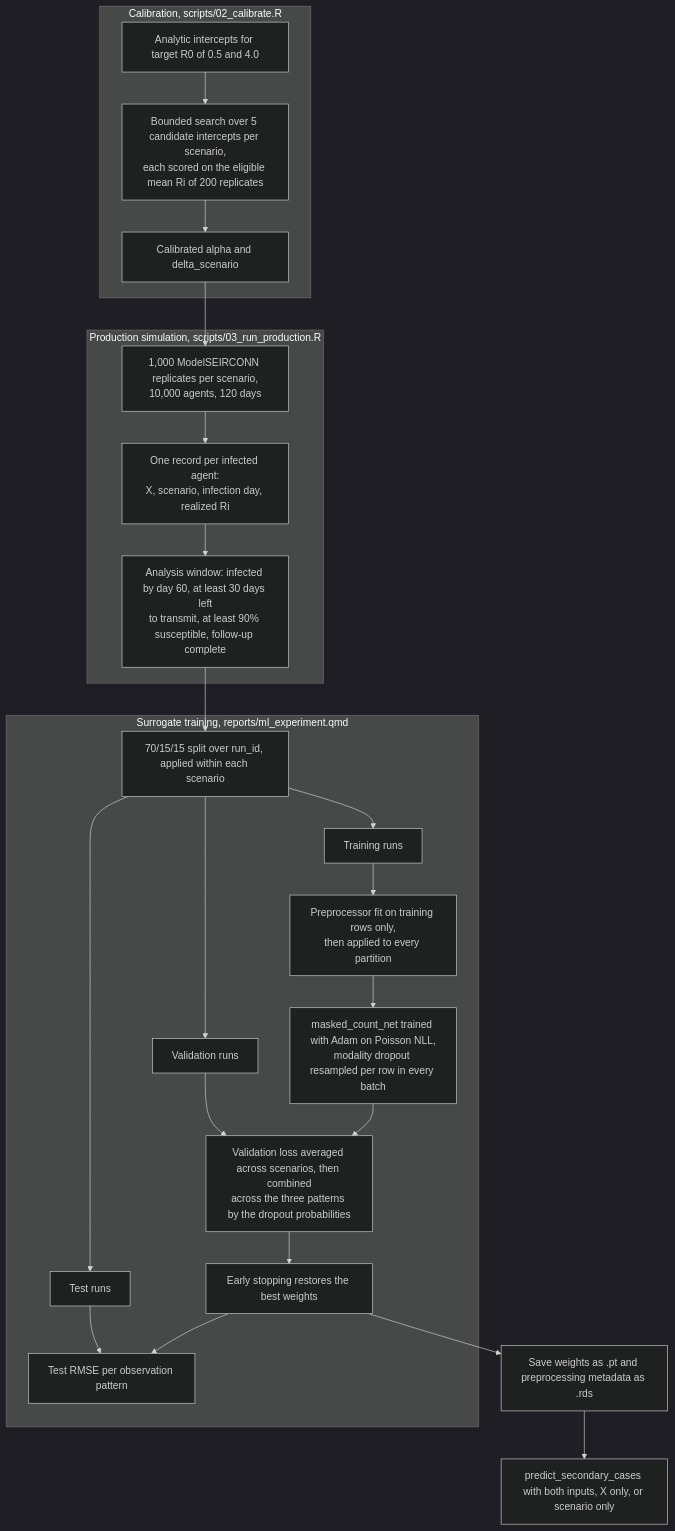
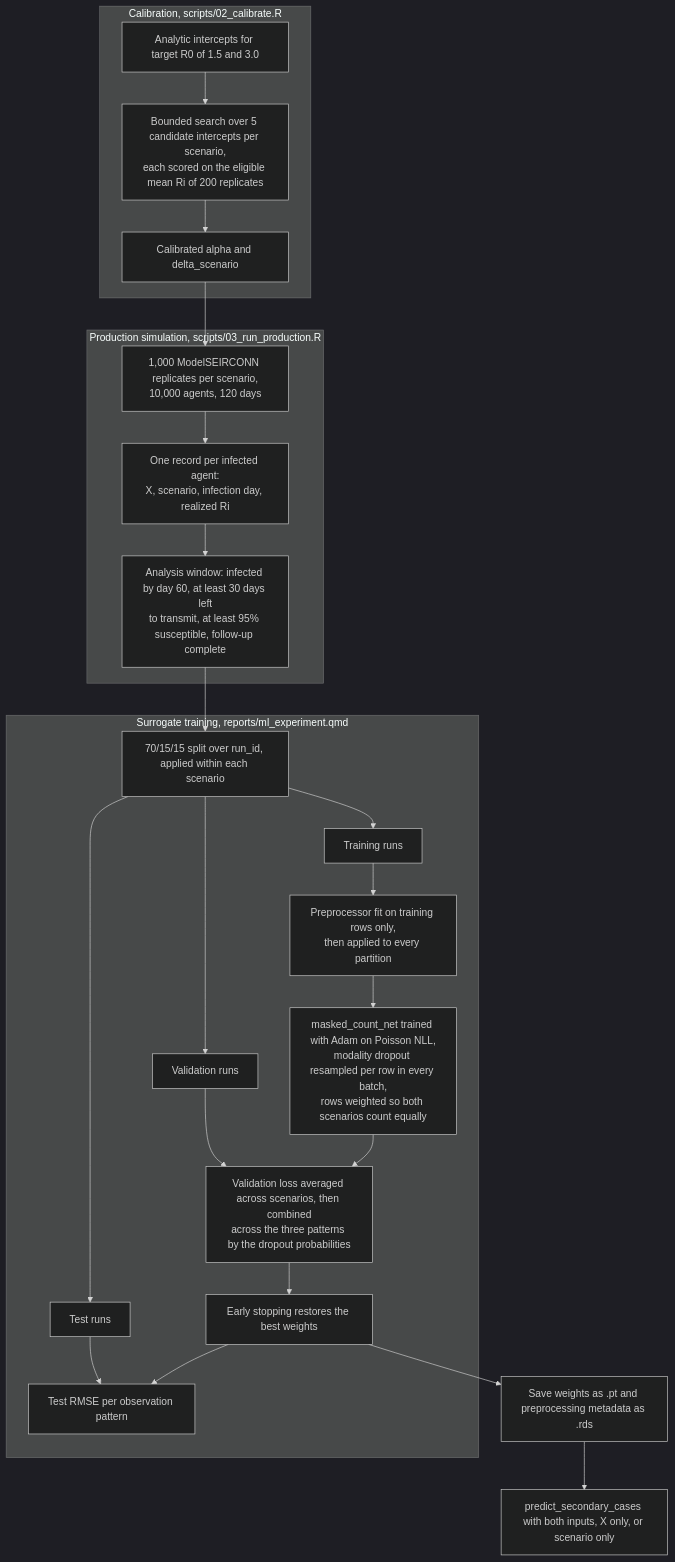
One commit to UofUEpiBio/wellcome-leap changed the first of 2 diagrams in README.md. Above: the diagram before and after it, drawn with Mermaid (dark theme). The commit also changed other lines of this file and 12 other files, not shown here.

````diff
--- a/README.md
+++ b/README.md
@@ -24,37 +34,37 @@
 ``` mermaid
 flowchart TB
   subgraph calibration["Calibration, scripts/02_calibrate.R"]
-    K1["Analytic intercepts for target R0 of 0.5 and 4.0"]
+    K1["Analytic intercepts for target R0 of 1.5 and 3.0"]
     K2["Bounded search over 5 candidate intercepts per scenario,<br/>each scored on the eligible mean Ri of 200 replicates"]
     K3["Calibrated alpha and delta_scenario"]
     K1 --> K2 --> K3
   end
 
   subgraph production["Production simulation, scripts/03_run_production.R"]
     P1["1,000 ModelSEIRCONN replicates per scenario,<br/>10,000 agents, 120 days"]
     P2["One record per infected agent:<br/>X, scenario, infection day, realized Ri"]
-    P3["Analysis window: infected by day 60, at least 30 days left<br/>to transmit, at least 90% susceptible, follow-up complete"]
+    P3["Analysis window: infected by day 60, at least 30 days left<br/>to transmit, at least 95% susceptible, follow-up complete"]
     P1 --> P2 --> P3
   end
 
   subgraph surrogate["Surrogate training, reports/ml_experiment.qmd"]
     T1["70/15/15 split over run_id, applied within each scenario"]
     T2["Training runs"]
     T3["Validation runs"]
     T4["Test runs"]
     T5["Preprocessor fit on training rows only,<br/>then applied to every partition"]
-    T6["masked_count_net trained with Adam on Poisson NLL,<br/>modality dropout resampled per row in every batch"]
+    T6["masked_count_net trained with Adam on Poisson NLL,<br/>modality dropout resampled per row in every batch,<br/>rows weighted so both scenarios count equally"]
     T7["Validation loss averaged across scenarios, then combined<br/>across the three patterns by the dropout probabilities"]
     T8["Early stopping restores the best weights"]
     T9["Test RMSE per observation pattern"]
     T1 --> T2 --> T5 --> T6
     T1 --> T3 --> T7
     T1 --> T4 --> T9
     T6 --> T7 --> T8 --> T9
   end
 
   K3 --> P1
   P3 --> T1
   T8 --> S1["Save weights as .pt and preprocessing metadata as .rds"]
   S1 --> S2["predict_secondary_cases with both inputs, X only, or scenario only"]
 ```
````
